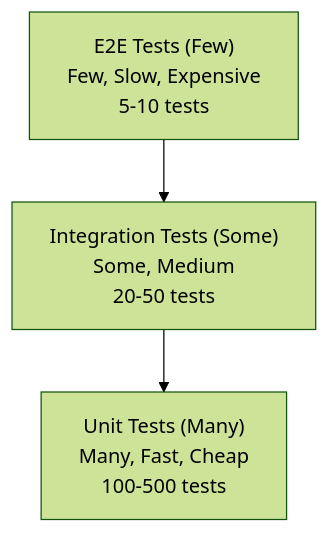
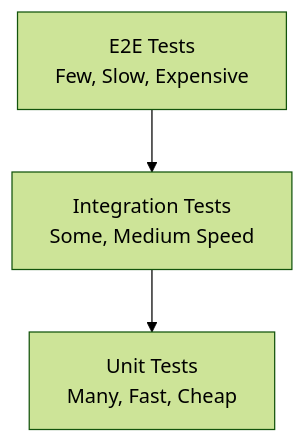
The diagram in src/content/vi/other-skills/testing.md (Mrnobody102/it-interview-prep), drawn with Mermaid (forest theme) before and after one commit. The commit also changed 5 other files, not shown here.

````diff
--- a/src/content/vi/other-skills/testing.md
+++ b/src/content/vi/other-skills/testing.md
@@ -9,7 +9,7 @@
 ```mermaid
 flowchart TD
-    E2E["E2E Tests (Few)<br>Few, Slow, Expensive<br>5-10 tests"]
-    INT["Integration Tests (Some)<br>Some, Medium<br>20-50 tests"]
-    UNIT["Unit Tests (Many)<br>Many, Fast, Cheap<br>100-500 tests"]
+    E2E["E2E Tests<br>Few, Slow, Expensive"]
+    INT["Integration Tests<br>Some, Medium Speed"]
+    UNIT["Unit Tests<br>Many, Fast, Cheap"]
     E2E --> INT --> UNIT
 ```
````
